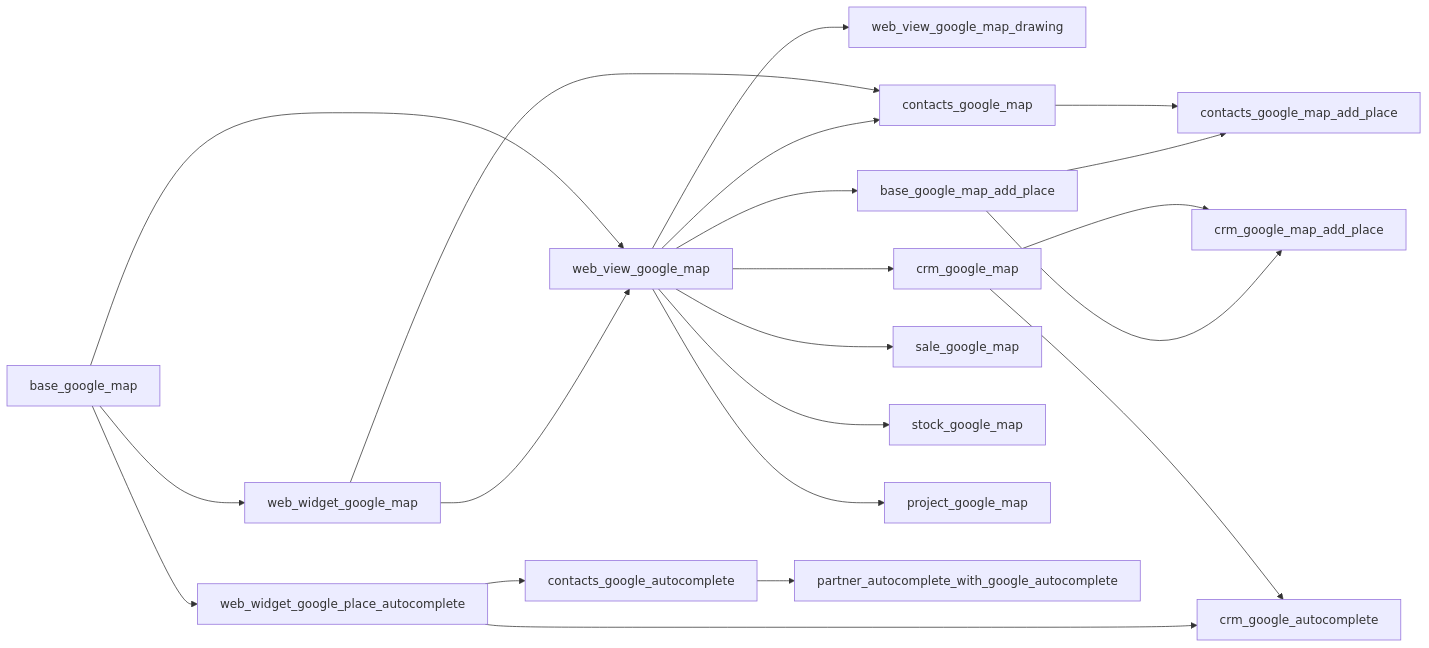
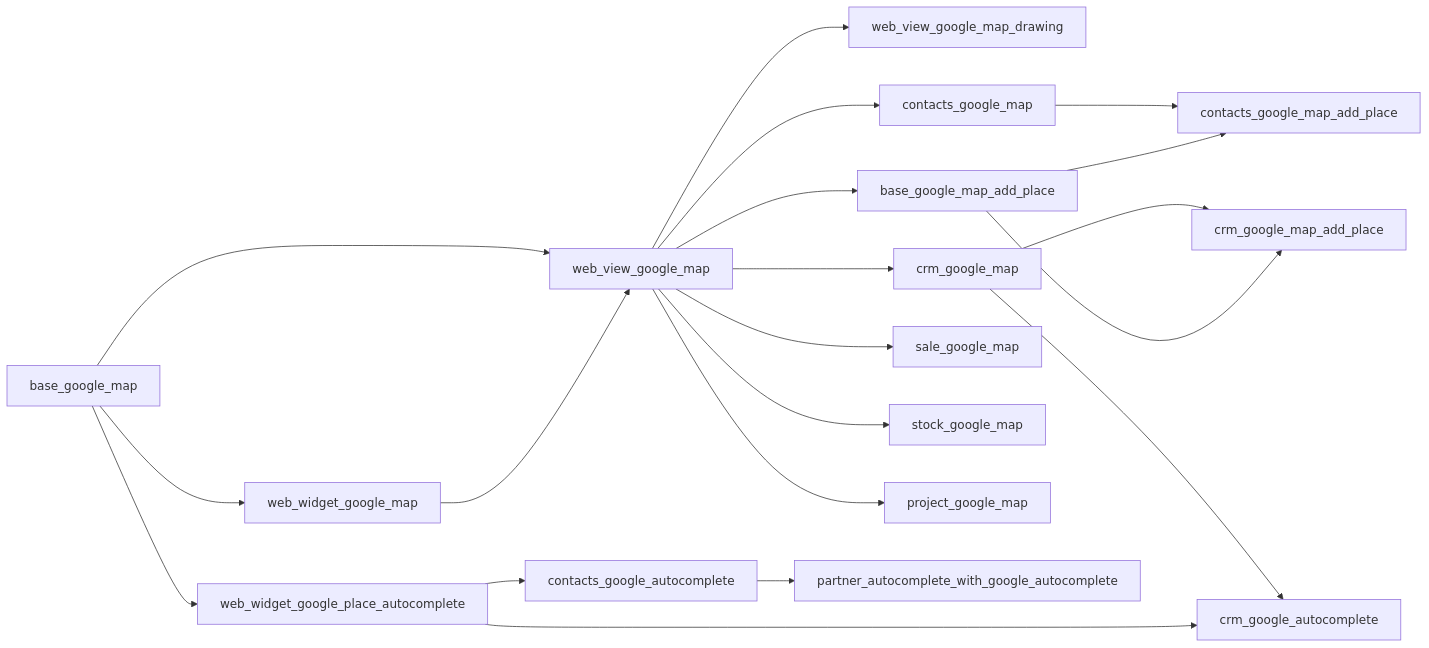
Before and after one commit to mithnusa/odoo-google-maps: the diagram in README.md, drawn with Mermaid. The commit also changed other lines of this file and 5 other files, not shown here.

First line of the commit message:
[IMP] project_google_map: replace post_init_hook with declarative XML data file for view mode injection (v19.0.1.0.6) (#175)

````diff
--- a/README.md
+++ b/README.md
@@ -55,31 +55,29 @@
 ```mermaid
 graph LR
     base_google_map --> web_widget_google_map
     base_google_map --> web_widget_google_place_autocomplete
 
     web_widget_google_map --> web_view_google_map
     base_google_map --> web_view_google_map
 
     web_view_google_map --> web_view_google_map_drawing
     web_view_google_map --> base_google_map_add_place
     web_view_google_map --> contacts_google_map
     web_view_google_map --> crm_google_map
     web_view_google_map --> sale_google_map
     web_view_google_map --> stock_google_map
     web_view_google_map --> project_google_map
 
-    web_widget_google_map --> contacts_google_map
-
     web_widget_google_place_autocomplete --> contacts_google_autocomplete
     web_widget_google_place_autocomplete --> crm_google_autocomplete
 
     crm_google_map --> crm_google_autocomplete
 
     contacts_google_autocomplete --> partner_autocomplete_with_google_autocomplete
 
     base_google_map_add_place --> contacts_google_map_add_place
     base_google_map_add_place --> crm_google_map_add_place
 
     contacts_google_map --> contacts_google_map_add_place
     crm_google_map --> crm_google_map_add_place
 ```
````
